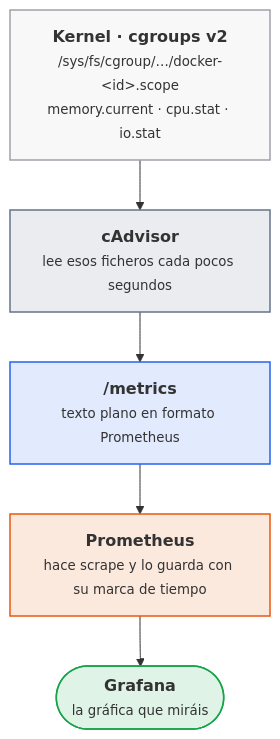
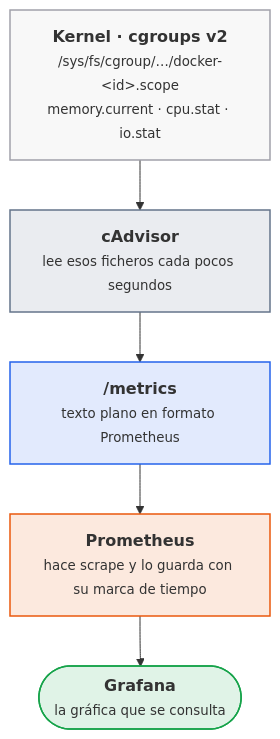
The second of 8 diagrams in docs/ut/ut1-observabilidad.md (victor-educ/apuntes-5169), drawn with Mermaid before and after one commit. The commit also changed other lines of this file and 17 other files, not shown here.

````diff
--- a/docs/ut/ut1-observabilidad.md
+++ b/docs/ut/ut1-observabilidad.md
@@ -199,15 +190,15 @@
 ```mermaid
 flowchart TB
     K["<b>Kernel · cgroups v2</b><br><small>/sys/fs/cgroup/…/docker-&lt;id&gt;.scope<br>memory.current · cpu.stat · io.stat</small>"]:::infra
     C["<b>cAdvisor</b><br><small>lee esos ficheros cada pocos segundos</small>"]:::pieza
     E["<b>/metrics</b><br><small>texto plano en formato Prometheus</small>"]:::dato
     P["<b>Prometheus</b><br><small>hace scrape y lo guarda con su marca de tiempo</small>"]:::act
-    G(["<b>Grafana</b><br><small>la gráfica que miráis</small>"]):::ok
+    G(["<b>Grafana</b><br><small>la gráfica que se consulta</small>"]):::ok
     K --> C --> E --> P --> G
     classDef act fill:#ea580c22,stroke:#ea580c,stroke-width:1.5px
     classDef pieza fill:#64748b22,stroke:#64748b,stroke-width:1.5px
     classDef dato fill:#2563eb22,stroke:#2563eb,stroke-width:1.5px
     classDef infra fill:#a1a1aa14,stroke:#a1a1aa,stroke-width:1.5px
     classDef ok fill:#16a34a22,stroke:#16a34a,stroke-width:1.5px
     classDef riesgo fill:#dc262622,stroke:#dc2626,stroke-width:1.5px
 ```
````
